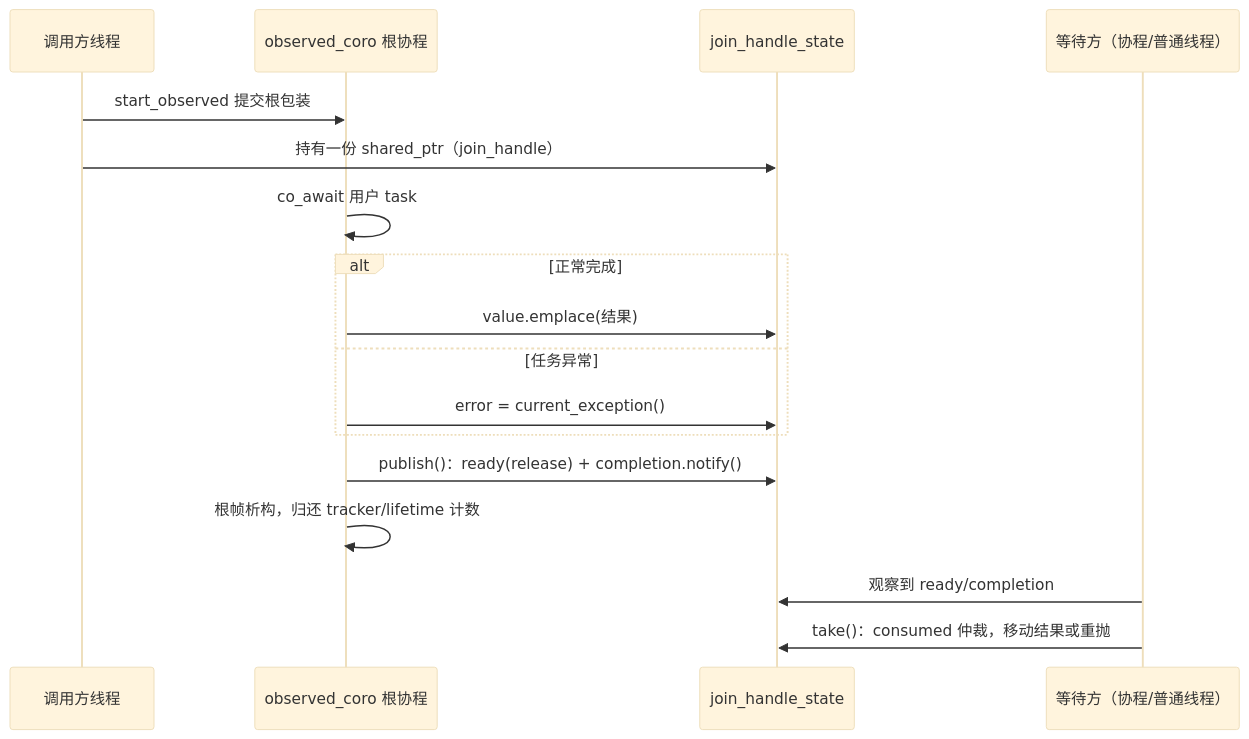
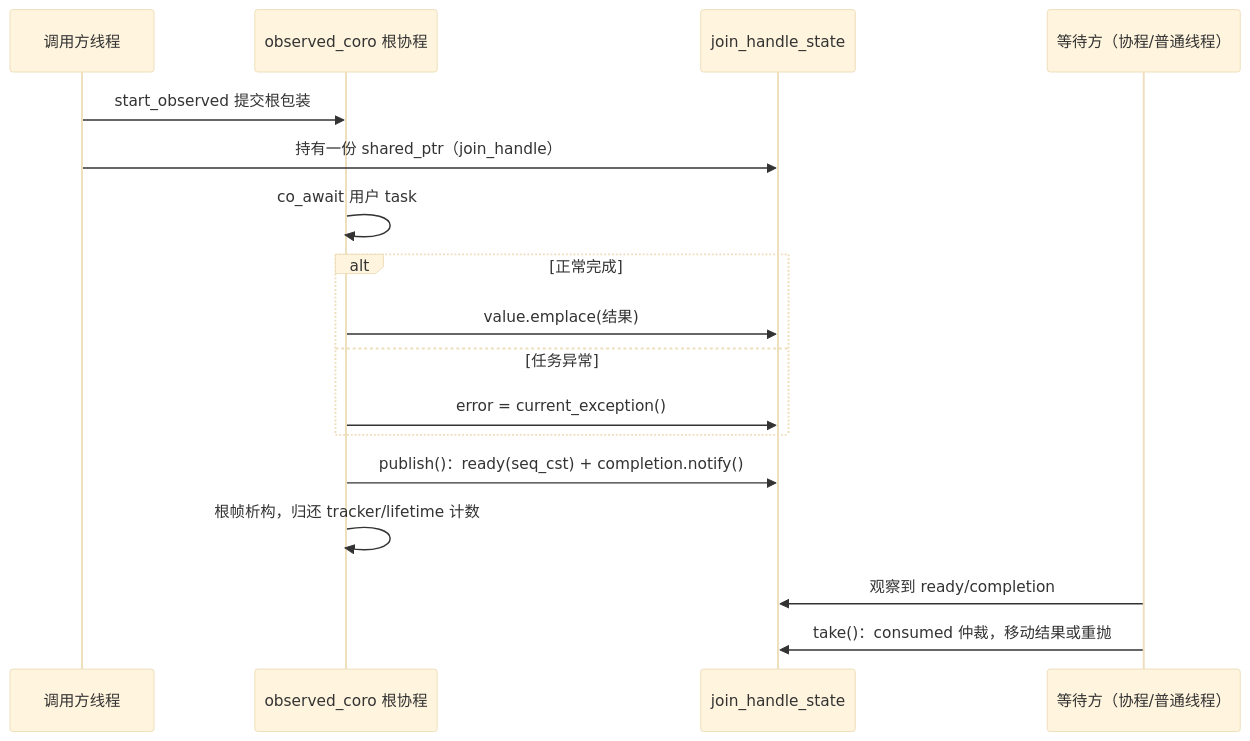
One commit to superlxh02/faio changed the first of 3 diagrams in docs/协程并发.md. Above: the diagram before and after it, drawn with Mermaid (base theme). The commit also changed other lines of this file and 151 other files, not shown here.

````diff
--- a/docs/协程并发.md
+++ b/docs/协程并发.md
@@ -293,20 +424,20 @@
 ```mermaid
 sequenceDiagram
     participant H as 调用方线程
     participant R as observed_coro 根协程
     participant S as join_handle_state
     participant W as 等待方（协程/普通线程）
 
     H->>R: start_observed 提交根包装
     H->>S: 持有一份 shared_ptr（join_handle）
     R->>R: co_await 用户 task
     alt 正常完成
         R->>S: value.emplace(结果)
     else 任务异常
         R->>S: error = current_exception()
     end
-    R->>S: publish()：ready(release) + completion.notify()
+    R->>S: publish()：ready(seq_cst) + completion.notify()
     R->>R: 根帧析构，归还 tracker/lifetime 计数
     W->>S: 观察到 ready/completion
     W->>S: take()：consumed 仲裁，移动结果或重抛
 ```
````
